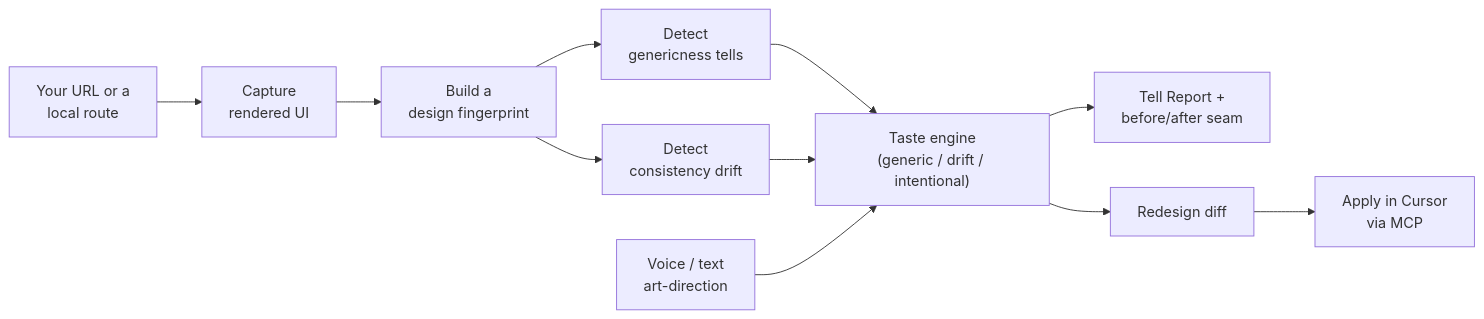
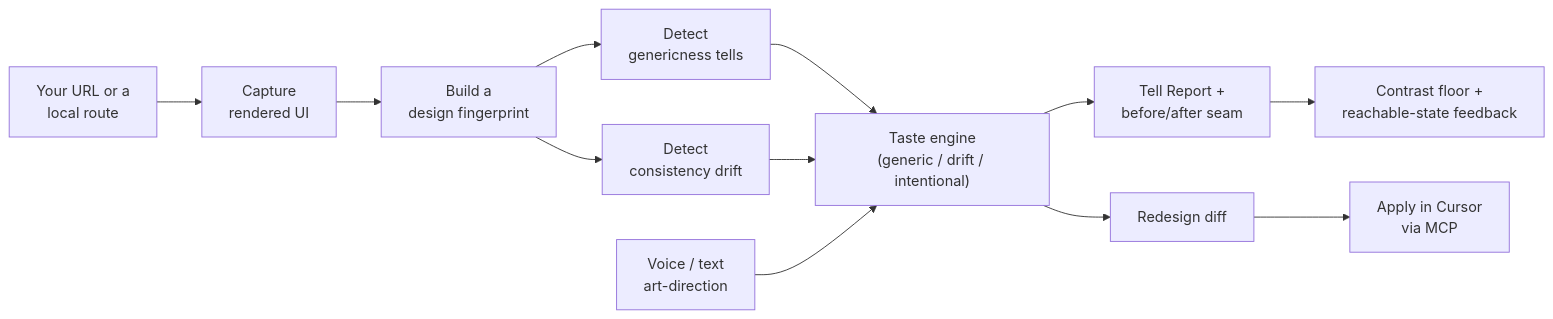
The diagram in README.md (ashishpatill/tell-proof), drawn with Mermaid before and after one commit. The commit also changed other lines of this file and 11 other files, not shown here.

````diff
--- a/README.md
+++ b/README.md
@@ -73,13 +73,14 @@
 ```mermaid
 flowchart LR
     url["Your URL or a\nlocal route"] --> capture["Capture\nrendered UI"]
     capture --> fingerprint["Build a\ndesign fingerprint"]
     fingerprint --> tells["Detect\ngenericness tells"]
     fingerprint --> drift["Detect\nconsistency drift"]
     tells --> taste["Taste engine\n(generic / drift / intentional)"]
     drift --> taste
     voice["Voice / text\nart-direction"] --> taste
     taste --> report["Tell Report +\nbefore/after seam"]
+    report --> contrast["Contrast floor +\nreachable-state feedback"]
     taste --> diff["Redesign diff"]
     diff --> cursor["Apply in Cursor\nvia MCP"]
 ```
````
